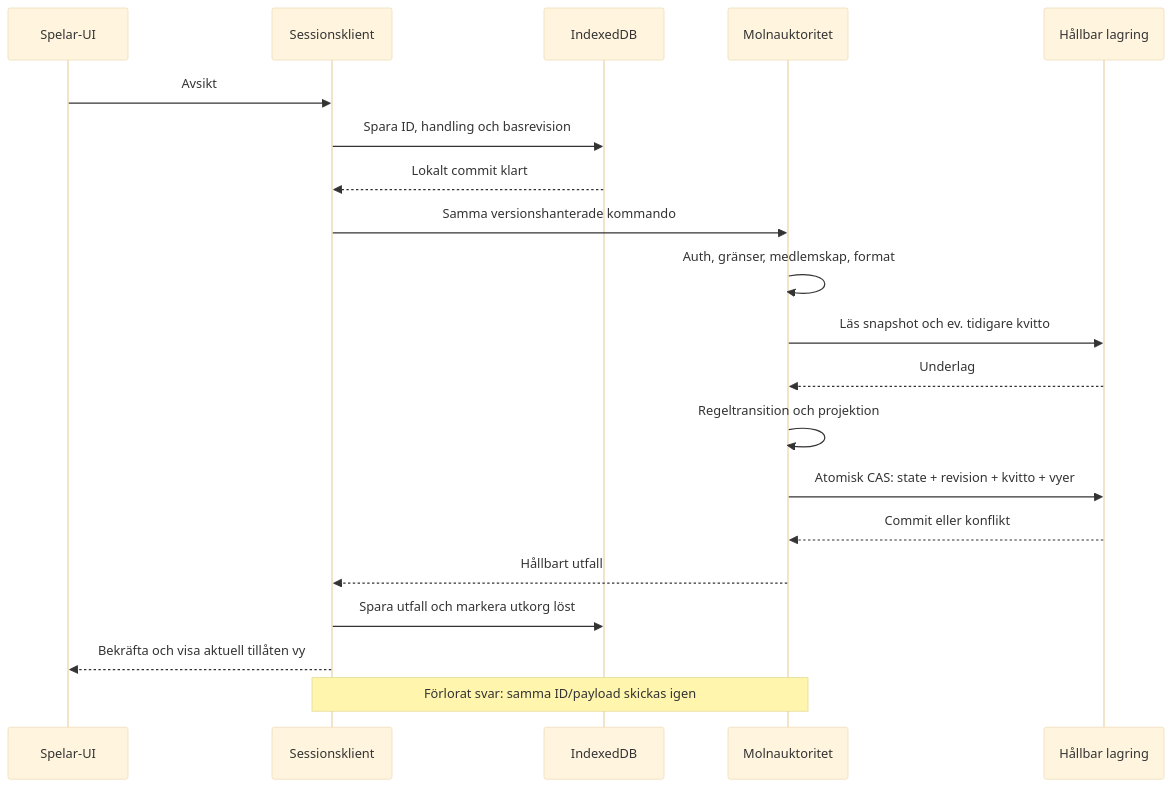
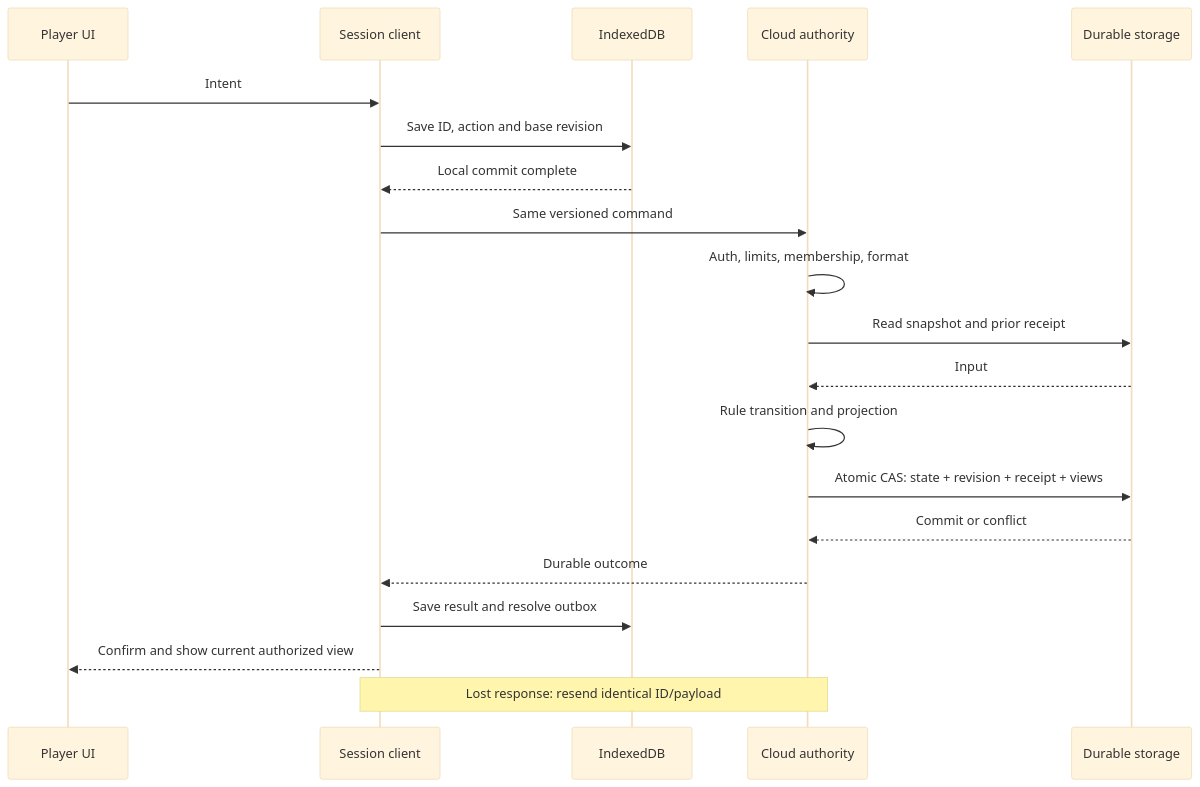
One commit to stefanavesand/OpenCatan changed the second of 5 diagrams in docs/HLD.md. Above: the diagram before and after it, drawn with Mermaid (base theme). The commit also changed other lines of this file and 25 other files, not shown here.

````diff
--- a/docs/HLD.md
+++ b/docs/HLD.md
@@ -107,22 +107,22 @@
 ```mermaid
 sequenceDiagram
-  participant UI as Spelar-UI
-  participant C as Sessionsklient
+  participant UI as Player UI
+  participant C as Session client
   participant L as IndexedDB
-  participant A as Molnauktoritet
-  participant D as Hållbar lagring
-  UI->>C: Avsikt
-  C->>L: Spara ID, handling och basrevision
-  L-->>C: Lokalt commit klart
-  C->>A: Samma versionshanterade kommando
-  A->>A: Auth, gränser, medlemskap, format
-  A->>D: Läs snapshot och ev. tidigare kvitto
-  D-->>A: Underlag
-  A->>A: Regeltransition och projektion
-  A->>D: Atomisk CAS: state + revision + kvitto + vyer
-  D-->>A: Commit eller konflikt
-  A-->>C: Hållbart utfall
-  C->>L: Spara utfall och markera utkorg löst
-  C-->>UI: Bekräfta och visa aktuell tillåten vy
-  Note over C,A: Förlorat svar: samma ID/payload skickas igen
+  participant A as Cloud authority
+  participant D as Durable storage
+  UI->>C: Intent
+  C->>L: Save ID, action and base revision
+  L-->>C: Local commit complete
+  C->>A: Same versioned command
+  A->>A: Auth, limits, membership, format
+  A->>D: Read snapshot and prior receipt
+  D-->>A: Input
+  A->>A: Rule transition and projection
+  A->>D: Atomic CAS: state + revision + receipt + views
+  D-->>A: Commit or conflict
+  A-->>C: Durable outcome
+  C->>L: Save result and resolve outbox
+  C-->>UI: Confirm and show current authorized view
+  Note over C,A: Lost response: resend identical ID/payload
 ```
````
